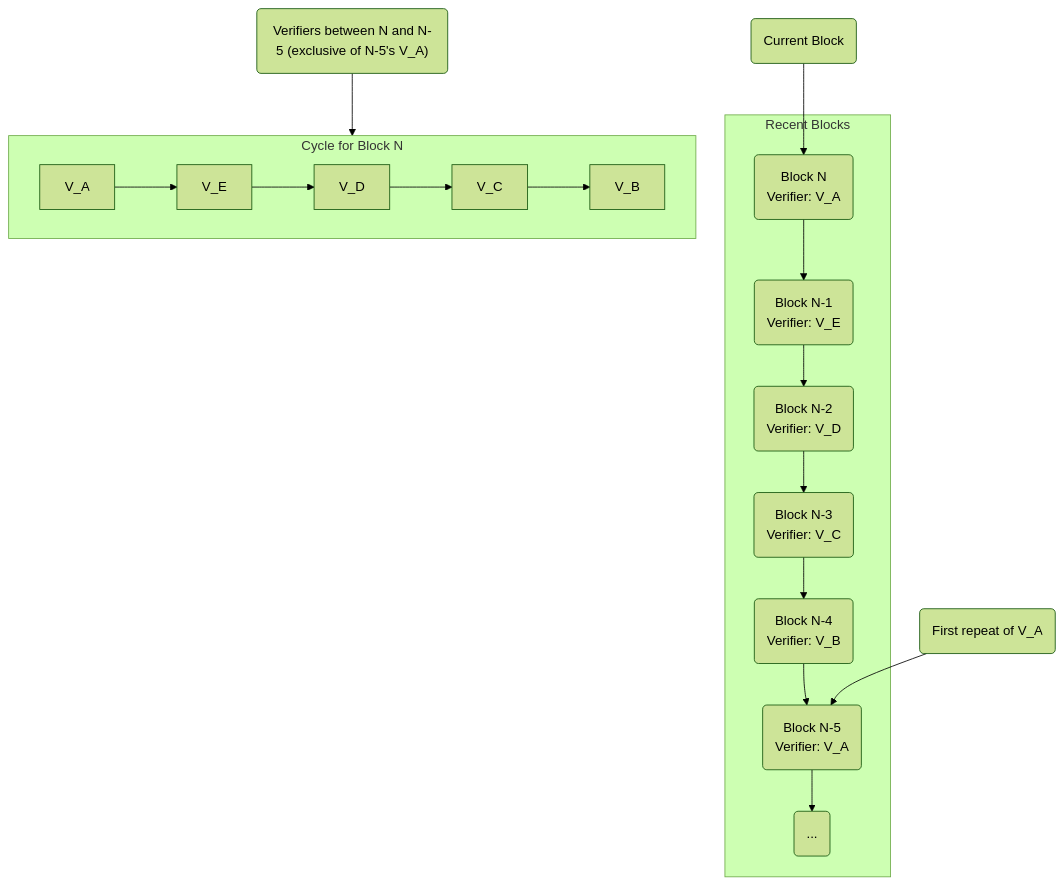
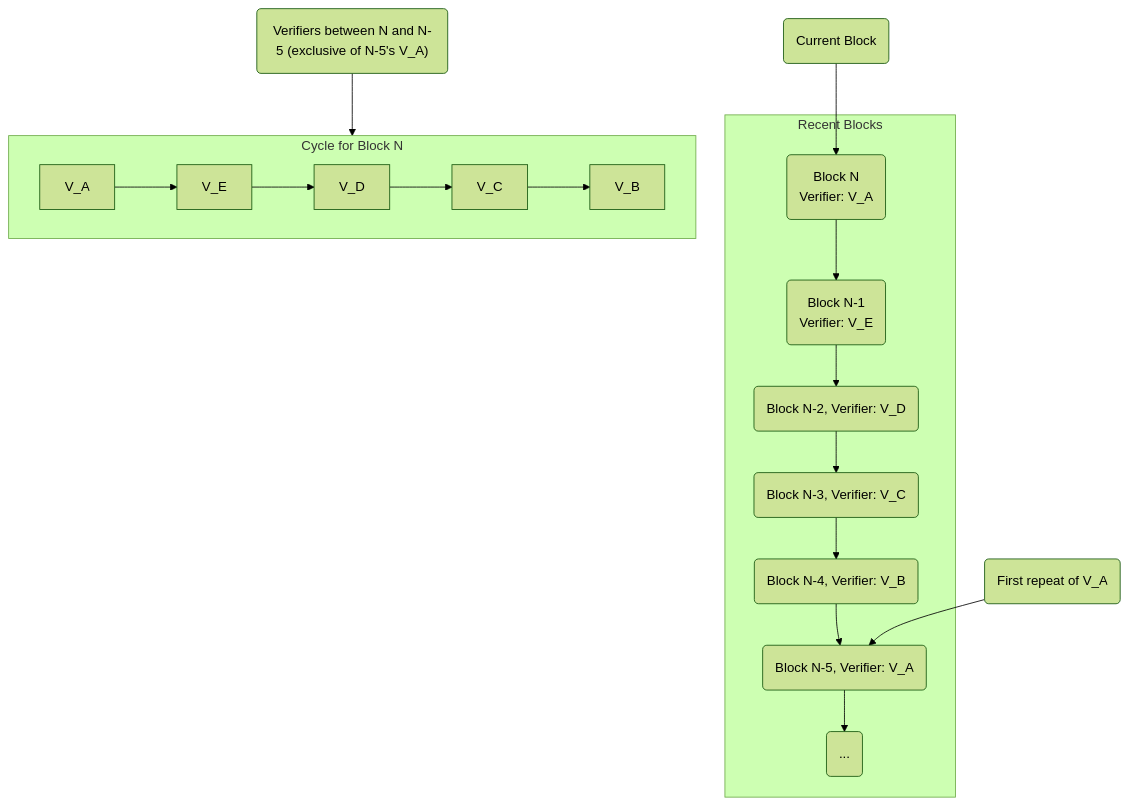
One commit to construct0/nyzoExperimental changed the first of 3 diagrams in pocket-llm-uncapped-concepts/05_cycledigest___cycleinformation_.md. Above: the diagram before and after it, drawn with Mermaid (forest theme).

````diff
--- a/pocket-llm-uncapped-concepts/05_cycledigest___cycleinformation_.md
+++ b/pocket-llm-uncapped-concepts/05_cycledigest___cycleinformation_.md
@@ -15,20 +15,20 @@
 ```mermaid
 graph TD
     subgraph BlockchainHistory ["Recent Blocks"]
         B_N("Block N\nVerifier: V_A") --> B_N_1("Block N-1\nVerifier: V_E")
-        B_N_1 --> B_N_2("Block N-2\nVerifier: V_D")
-        B_N_2 --> B_N_3("Block N-3\nVerifier: V_C")
-        B_N_3 --> B_N_4("Block N-4\nVerifier: V_B")
-        B_N_4 --> B_N_5("Block N-5\nVerifier: V_A")
+        B_N_1 --> B_N_2("Block N-2, Verifier: V_D")
+        B_N_2 --> B_N_3("Block N-3, Verifier: V_C")
+        B_N_3 --> B_N_4("Block N-4, Verifier: V_B")
+        B_N_4 --> B_N_5("Block N-5, Verifier: V_A")
         B_N_5 --> B_N_6("...")
     end
 
     subgraph CycleBlockN ["Cycle for Block N"]
         direction LR
         V_A --> V_E --> V_D --> V_C --> V_B
     end
 
     Note("Current Block") --> B_N
     Note2("First repeat of V_A") --> B_N_5
     Note3("Verifiers between N and N-5 (exclusive of N-5's V_A)") --> CycleBlockN
 ```
````
